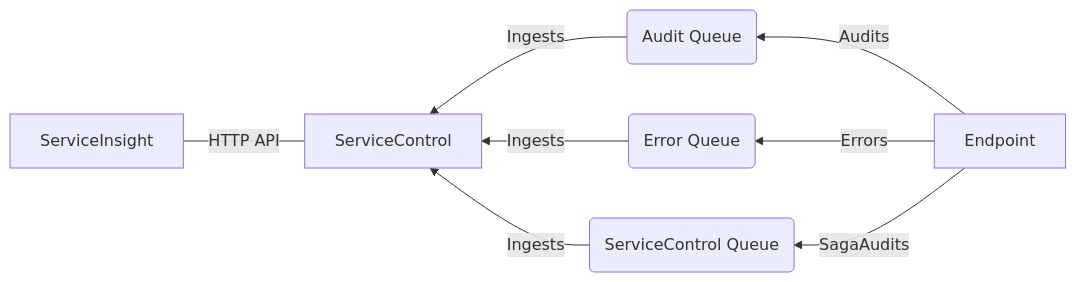
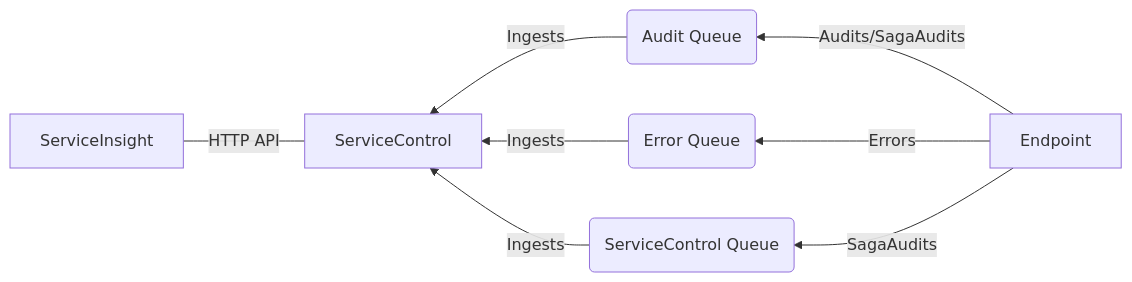
Before and after one commit to Particular/docs.particular.net: the diagram in serviceinsight/index.md, drawn with Mermaid. The commit also changed other lines of this file and 5 other files, not shown here.

````diff
--- a/serviceinsight/index.md
+++ b/serviceinsight/index.md
@@ -26,10 +26,10 @@
 ```mermaid
 graph RL
-EP[Endpoint]-- Audits -->AQ
+EP[Endpoint]-- Audits/SagaAudits -->AQ
 EP-- Errors -->EQ
 EP-- SagaAudits -->SCQ
 AQ(Audit Queue)-- Ingests -->SC
 EQ(Error Queue)-- Ingests -->SC
 SCQ(ServiceControl Queue)-- Ingests -->SC
 SC[ServiceControl]-- HTTP API ---SI[ServiceInsight]
 ```
````
